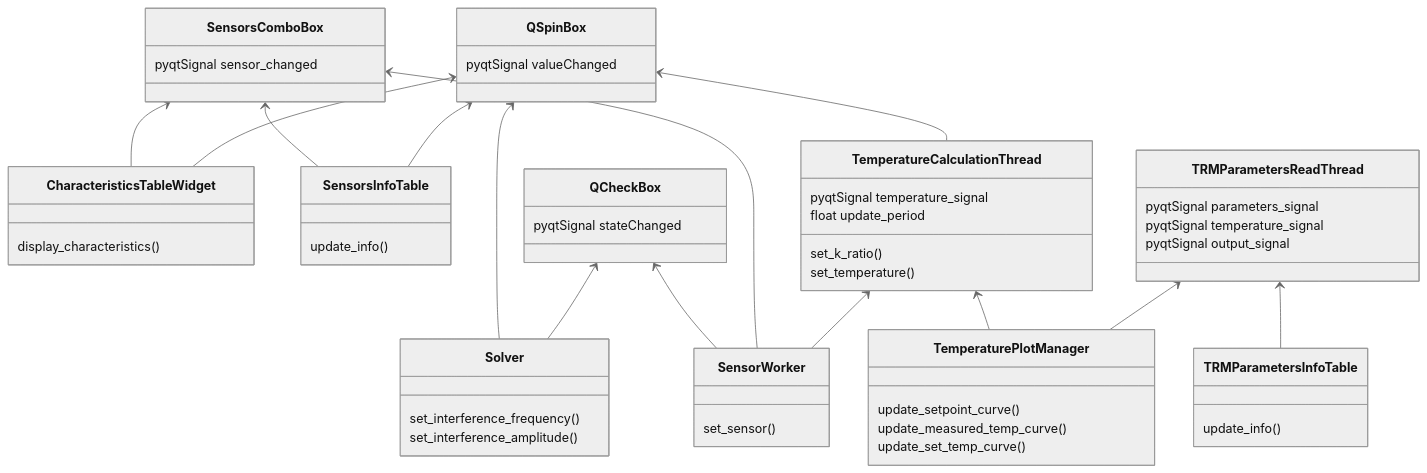
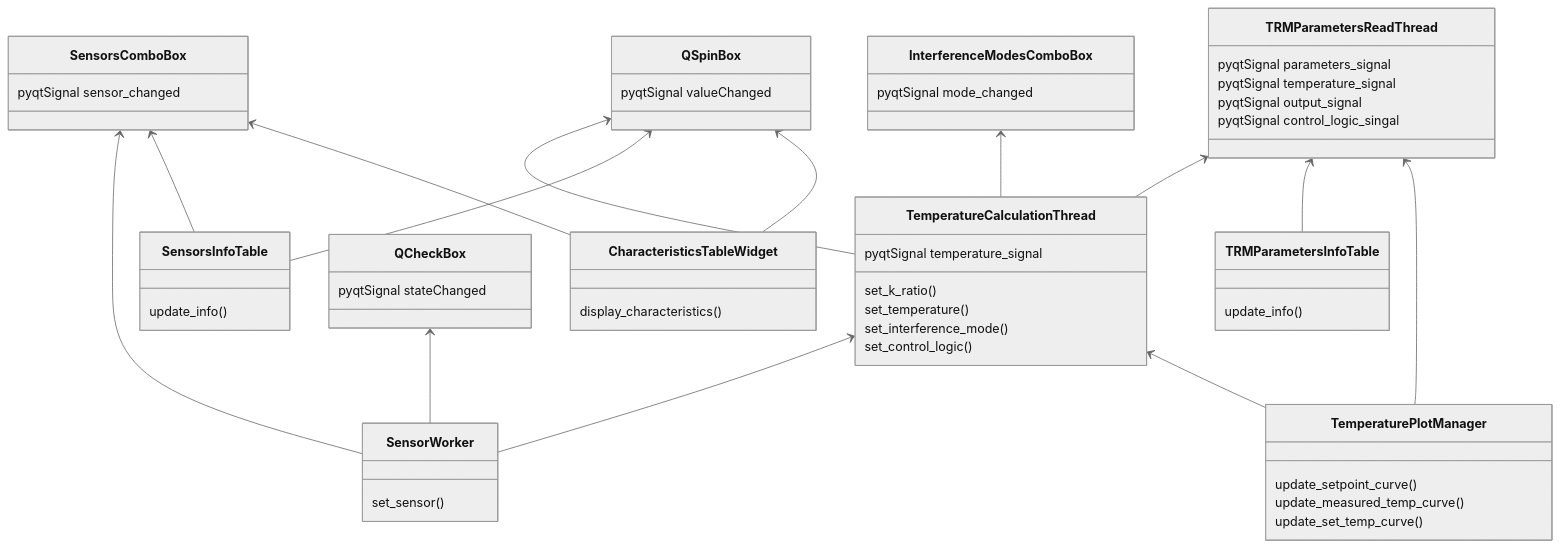
The seventh of 7 diagrams in data/diagrams/диаграмма классов.md (Marik28/dissertation), drawn with Mermaid (neutral theme) before and after one commit. The commit also changed other lines of this file, not shown here.

Commit message:
change diagrams

````diff
--- a/data/diagrams/диаграмма классов.md
+++ b/data/diagrams/диаграмма классов.md
@@ -515,71 +555,70 @@
 ```mermaid
 classDiagram
     
     class QSpinBox {
         pyqtSignal valueChanged
     }
     
     class SensorsComboBox {
         pyqtSignal sensor_changed
     }
 
     class SensorWorker {
         set_sensor()
     }
     
     class CharacteristicsTableWidget {
         display_characteristics()
     }
 
     class SensorsInfoTable{
         update_info()
     }
 
+    class InterferenceModesComboBox {
+        pyqtSignal mode_changed
+    }
+
     class QCheckBox {
         pyqtSignal stateChanged
     }
     
-    class Solver {
-        set_interference_frequency()
-        set_interference_amplitude()
-    }
-    
     class TemperatureCalculationThread {
         pyqtSignal temperature_signal
-        float update_period
         set_k_ratio()
         set_temperature()
+        set_interference_mode()
+        set_control_logic()
     }
     
     class TRMParametersInfoTable {
         update_info()
     }
     
-    
     class TRMParametersReadThread {
         pyqtSignal parameters_signal
         pyqtSignal temperature_signal
         pyqtSignal output_signal
+        pyqtSignal control_logic_singal
     }
     
     class TemperaturePlotManager {
         update_setpoint_curve()       
         update_measured_temp_curve()       
         update_set_temp_curve()       
     }
     
     SensorsComboBox <-- CharacteristicsTableWidget
     SensorsComboBox <-- SensorsInfoTable
     QSpinBox <-- CharacteristicsTableWidget
     QSpinBox <-- SensorsInfoTable
     QCheckBox <-- SensorWorker
     SensorsComboBox <-- SensorWorker
+    QSpinBox <-- TemperatureCalculationThread
+    TemperatureCalculationThread <-- TemperaturePlotManager
     TemperatureCalculationThread <-- SensorWorker
-    QSpinBox <-- Solver
-    QSpinBox <-- TemperatureCalculationThread
-    QCheckBox <-- Solver
-    TemperatureCalculationThread <-- TemperaturePlotManager
     TRMParametersReadThread <-- TemperaturePlotManager
     TRMParametersReadThread <-- TRMParametersInfoTable
-
+    TRMParametersReadThread <-- TemperatureCalculationThread
+    InterferenceModesComboBox <-- TemperatureCalculationThread
 ```
````
